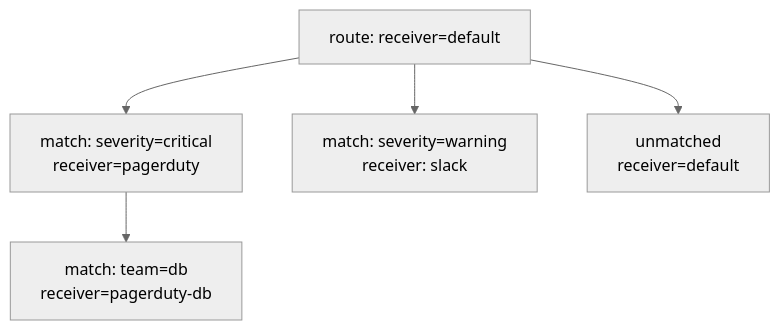
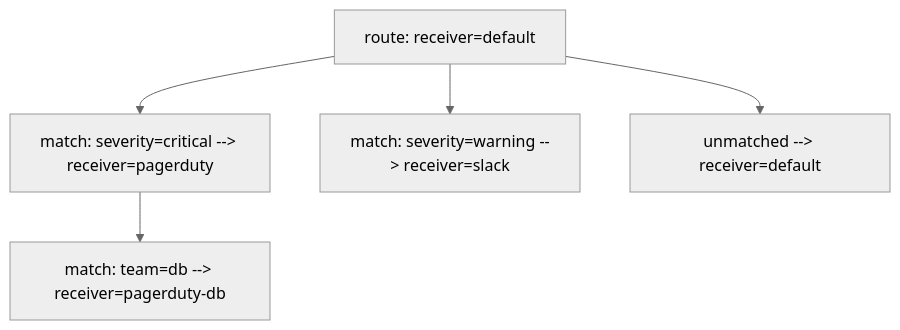
Before and after one commit to kube-dojo/kube-dojo: the fourth of 4 diagrams in src/content/docs/k8s/pca/module-1.2-instrumentation-alerting.md, drawn with Mermaid (neutral theme). The commit also changed other lines of this file, not shown here.

````diff
--- a/src/content/docs/k8s/pca/module-1.2-instrumentation-alerting.md
+++ b/src/content/docs/k8s/pca/module-1.2-instrumentation-alerting.md
@@ -1014,8 +1363,8 @@
 ```mermaid
 graph TD
-    R[route: receiver=default]
-    R --> M1[match: severity=critical <br/> receiver=pagerduty]
-    M1 --> M1A[match: team=db <br/> receiver=pagerduty-db]
-    R --> M2[match: severity=warning <br/> receiver: slack]
-    R --> M3[unmatched <br/> receiver=default]
+    Root[route: receiver=default]
+    Root --> M1[match: severity=critical --> receiver=pagerduty]
+    M1 --> M1_1[match: team=db --> receiver=pagerduty-db]
+    Root --> M2[match: severity=warning --> receiver=slack]
+    Root --> M3[unmatched --> receiver=default]
 ```
````
